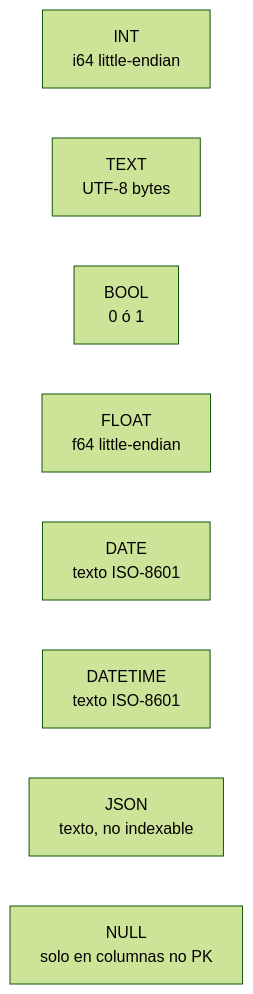
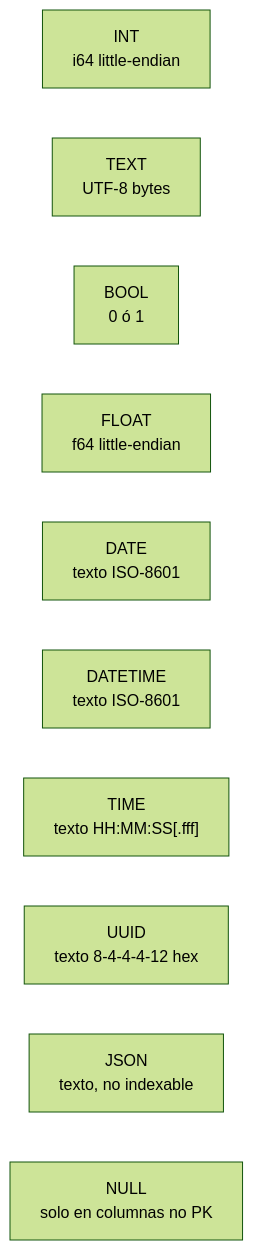
One commit to vladimiracunadev-create/gabysql changed the first of 17 diagrams in docs/SQL_REFERENCE.md. Above: the diagram before and after it, drawn with Mermaid (forest theme). The commit also changed other lines of this file and 8 other files, not shown here.

````diff
--- a/docs/SQL_REFERENCE.md
+++ b/docs/SQL_REFERENCE.md
@@ -90,11 +90,13 @@
 ```mermaid
 flowchart LR
     INT["INT<br/>i64 little-endian"]
     TEXT["TEXT<br/>UTF-8 bytes"]
     BOOL["BOOL<br/>0 ó 1"]
     FLOAT["FLOAT<br/>f64 little-endian"]
     DATE["DATE<br/>texto ISO-8601"]
     DATETIME["DATETIME<br/>texto ISO-8601"]
+    TIME["TIME<br/>texto HH:MM:SS[.fff]"]
+    UUID["UUID<br/>texto 8-4-4-4-12 hex"]
     JSON["JSON<br/>texto, no indexable"]
     NULL["NULL<br/>solo en columnas no PK"]
 ```
````
